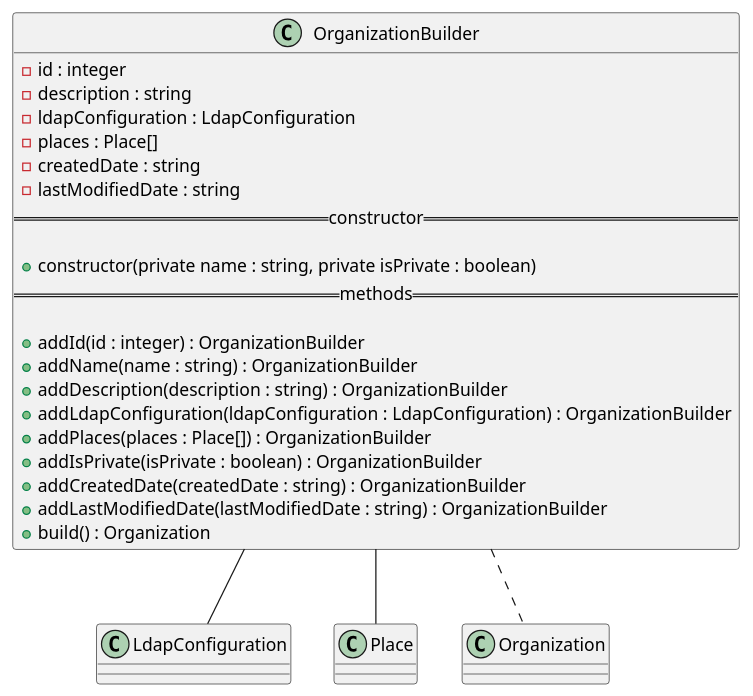
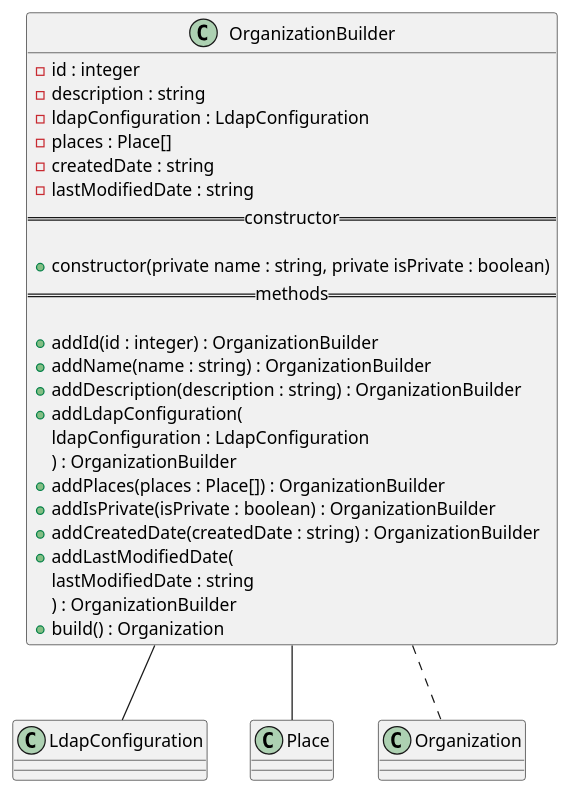
Before and after one commit to GruppOne/stalker-web-app: the diagram in docs/diagrams/classes/Organization/OrganizationBuilder.pu, drawn with PlantUML. The commit also changed 12 other files, not shown here.

Commit message:
docs: add newlines to better rendering of diagrams

```diff
--- a/docs/diagrams/classes/Organization/OrganizationBuilder.pu
+++ b/docs/diagrams/classes/Organization/OrganizationBuilder.pu
@@ -1,28 +1,32 @@
 @startuml OrganizationBuilder Diagram
 class OrganizationBuilder {
   - id : integer
   - description : string
   - ldapConfiguration : LdapConfiguration
   - places : Place[]
   - createdDate : string
   - lastModifiedDate : string
   == constructor ==
 
   + constructor(private name : string, private isPrivate : boolean)
   == methods ==
 
   + addId(id : integer) : OrganizationBuilder
   + addName(name : string) : OrganizationBuilder
   + addDescription(description : string) : OrganizationBuilder
-  + addLdapConfiguration(ldapConfiguration : LdapConfiguration) : OrganizationBuilder
+  + addLdapConfiguration(
+    ldapConfiguration : LdapConfiguration
+    ) : OrganizationBuilder
   + addPlaces(places : Place[]) : OrganizationBuilder
   + addIsPrivate(isPrivate : boolean) : OrganizationBuilder
   + addCreatedDate(createdDate : string) : OrganizationBuilder
-  + addLastModifiedDate(lastModifiedDate : string) : OrganizationBuilder
+  + addLastModifiedDate(
+    lastModifiedDate : string
+    ) : OrganizationBuilder
   + build() : Organization
 }
 
 OrganizationBuilder -- LdapConfiguration
 OrganizationBuilder -- Place
 OrganizationBuilder .. Organization
 @enduml
```
